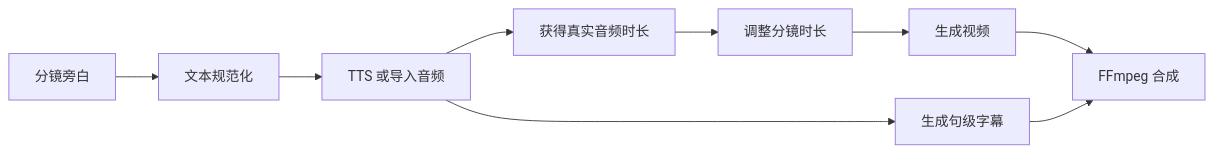
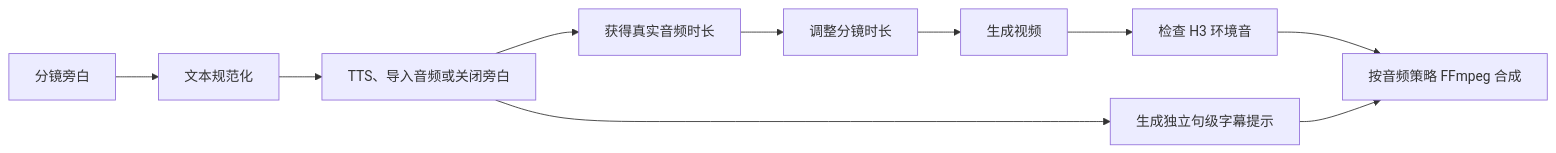
The fourth of 5 diagrams in MVP.md (woniu101/zhihua), drawn with Mermaid before and after one commit. The commit also changed other lines of this file and 20 other files, not shown here.

````diff
--- a/MVP.md
+++ b/MVP.md
@@ -551,11 +581,12 @@
 ```mermaid
 flowchart LR
     A[分镜旁白] --> B[文本规范化]
-    B --> C[TTS 或导入音频]
+    B --> C[TTS、导入音频或关闭旁白]
     C --> D[获得真实音频时长]
     D --> E[调整分镜时长]
     E --> F[生成视频]
-    C --> G[生成句级字幕]
-    F --> H[FFmpeg 合成]
+    C --> G[生成独立句级字幕提示]
+    F --> I[检查 H3 环境音]
+    I --> H[按音频策略 FFmpeg 合成]
     G --> H
 ```
````
